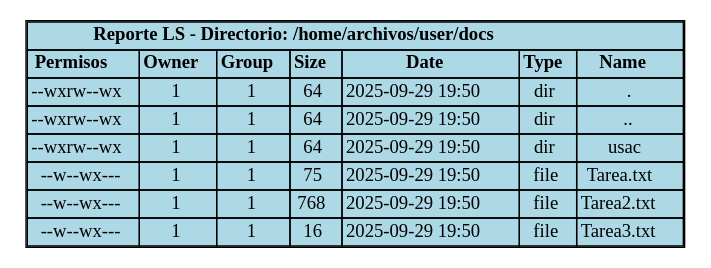
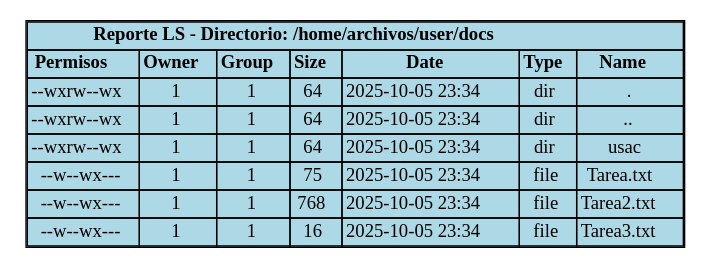
One commit to DiegVas/MIA_2S2025_P2_202300638 changed the diagram in backend/provider/reports/src/ls_381A.dot. Above: the diagram before and after it, drawn with Graphviz. The commit also changed 17 other files, not shown here.

```diff
--- a/backend/provider/reports/src/ls_381A.dot
+++ b/backend/provider/reports/src/ls_381A.dot
@@ -1,71 +1,71 @@
 digraph LS_Report {
     rankdir=TB;
     node [shape=plaintext];
     edge [style=invisible];
     title [label=<<TABLE BORDER="1" CELLBORDER="1" CELLSPACING="0" BGCOLOR="lightblue">
         <TR><TD COLSPAN="7"><B>Reporte LS - Directorio: /home/archivos/user/docs</B></TD></TR>
         <TR>
             <TD><B>Permisos</B></TD>
             <TD><B>Owner</B></TD>
             <TD><B>Group</B></TD>
             <TD><B>Size</B></TD>
             <TD><B>Date</B></TD>
             <TD><B>Type</B></TD>
             <TD><B>Name</B></TD>
         </TR>
         <TR>
             <TD>--wxrw--wx</TD>
             <TD>1</TD>
             <TD>1</TD>
             <TD>64</TD>
-            <TD>2025-09-29 19:50</TD>
+            <TD>2025-10-05 23:34</TD>
             <TD>dir</TD>
             <TD>.</TD>
         </TR>
         <TR>
             <TD>--wxrw--wx</TD>
             <TD>1</TD>
             <TD>1</TD>
             <TD>64</TD>
-            <TD>2025-09-29 19:50</TD>
+            <TD>2025-10-05 23:34</TD>
             <TD>dir</TD>
             <TD>..</TD>
         </TR>
         <TR>
             <TD>--wxrw--wx</TD>
             <TD>1</TD>
             <TD>1</TD>
             <TD>64</TD>
-            <TD>2025-09-29 19:50</TD>
+            <TD>2025-10-05 23:34</TD>
             <TD>dir</TD>
             <TD>usac</TD>
         </TR>
         <TR>
             <TD>--w--wx---</TD>
             <TD>1</TD>
             <TD>1</TD>
             <TD>75</TD>
-            <TD>2025-09-29 19:50</TD>
+            <TD>2025-10-05 23:34</TD>
             <TD>file</TD>
             <TD>Tarea.txt</TD>
         </TR>
         <TR>
             <TD>--w--wx---</TD>
             <TD>1</TD>
             <TD>1</TD>
             <TD>768</TD>
-            <TD>2025-09-29 19:50</TD>
+            <TD>2025-10-05 23:34</TD>
             <TD>file</TD>
             <TD>Tarea2.txt</TD>
         </TR>
         <TR>
             <TD>--w--wx---</TD>
             <TD>1</TD>
             <TD>1</TD>
             <TD>16</TD>
-            <TD>2025-09-29 19:50</TD>
+            <TD>2025-10-05 23:34</TD>
             <TD>file</TD>
             <TD>Tarea3.txt</TD>
         </TR>
     </TABLE>>];
 }
```
